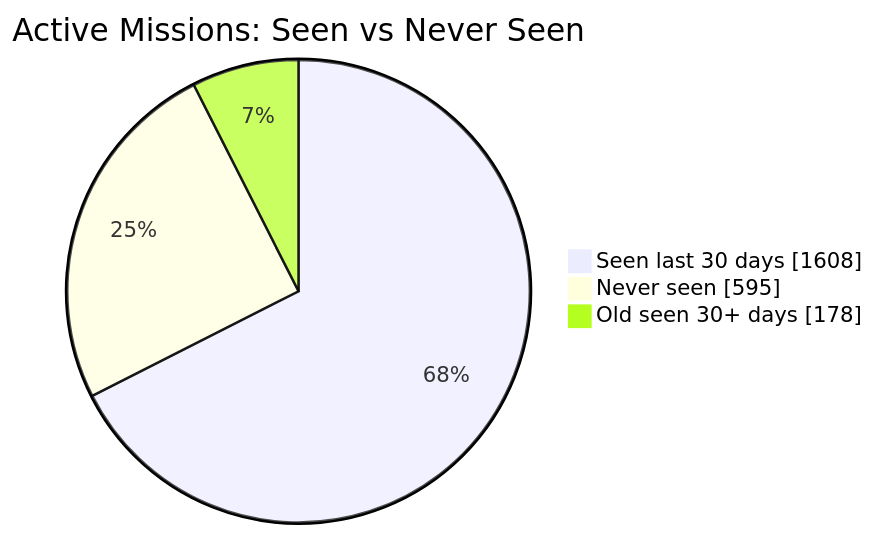
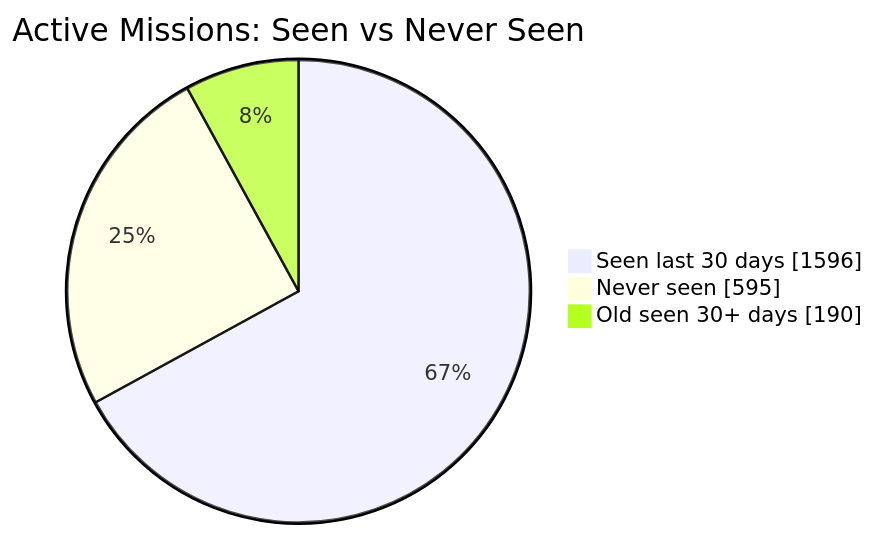
Before and after one commit to MeldkamerspelGameTeam/active-missions: the first of 2 diagrams in README.md, drawn with Mermaid. The commit also changed other lines of this file and 3 other files, not shown here.

````diff
--- a/README.md
+++ b/README.md
@@ -34,7 +34,7 @@
 ```mermaid
 pie showData
     title Active Missions: Seen vs Never Seen
-    "Seen last 30 days" : 1608
+    "Seen last 30 days" : 1596
     "Never seen" : 595
-    "Old seen 30+ days" : 178
+    "Old seen 30+ days" : 190
 ```
````
